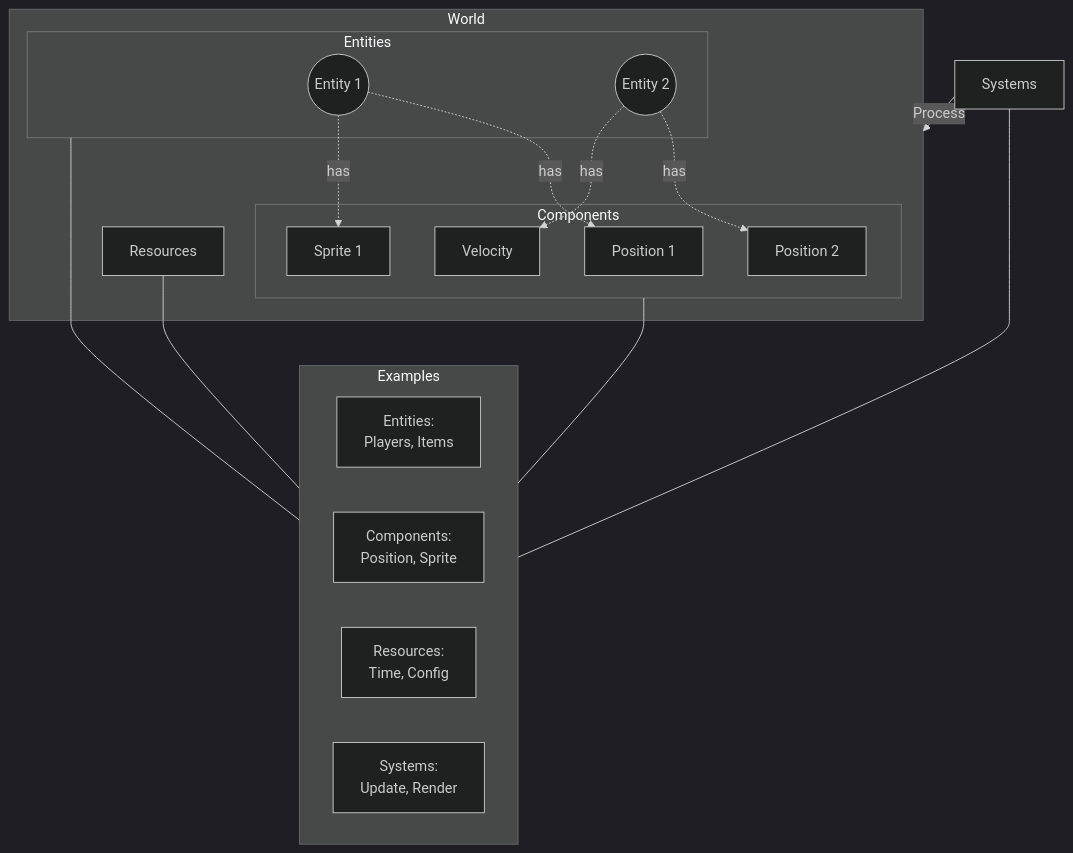
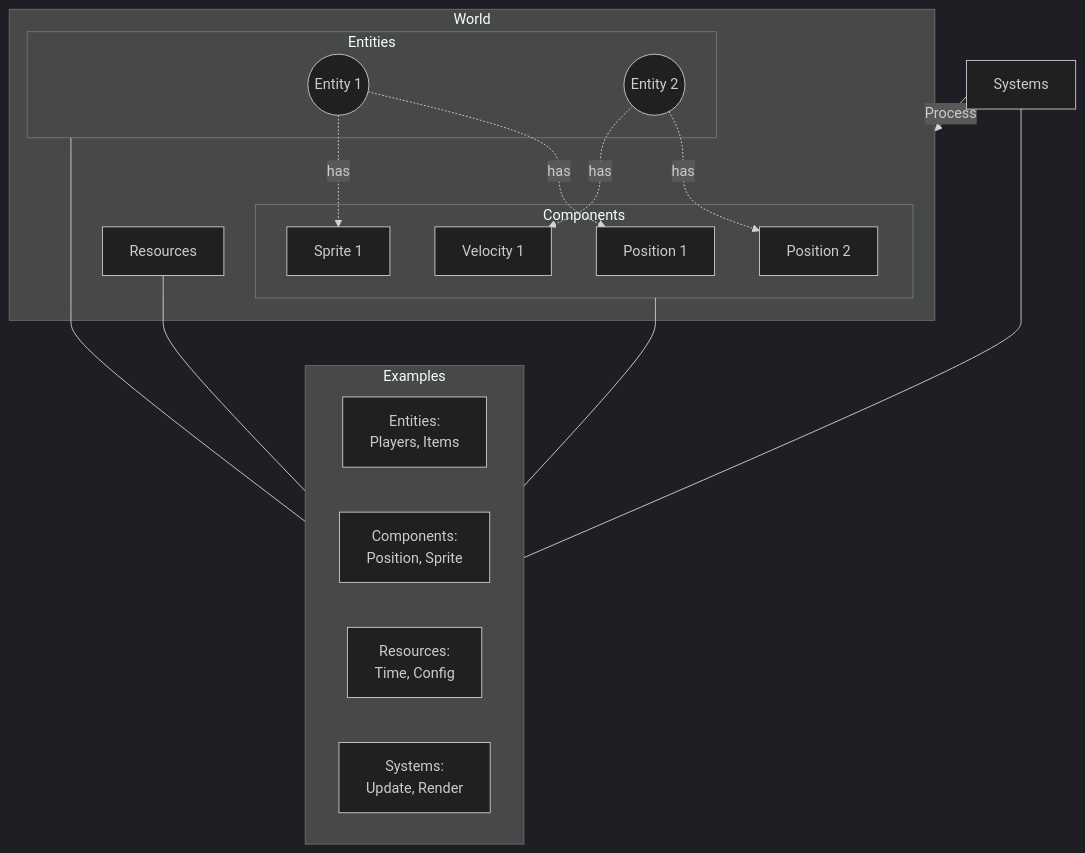
Before and after one commit to EddieBrunstedt/rust-ecs-game-template: the diagram in README.md, drawn with Mermaid (dark theme). The commit also changed 6 other files, not shown here.

````diff
--- a/README.md
+++ b/README.md
@@ -18,38 +18,38 @@
 ```mermaid
 flowchart TB
     subgraph World
         subgraph Entities
             E1((Entity 1))
             E2((Entity 2))
         end
 
         subgraph Components
             C1[Position 1]
             C2[Sprite 1]
             C3[Position 2]
-            C4[Velocity]
+            C4[Velocity 1]
         end
 
         R[Resources]
 
         E1 -.->|has| C1
         E1 -.->|has| C2
         E2 -.->|has| C3
         E2 -.->|has| C4
     end
 
     S[Systems] -->|Process| World
 
     subgraph Examples
         direction LR
         EX[Entities:<br>Players, Items]
         CX[Components:<br>Position, Sprite]
         RX[Resources:<br>Time, Config]
         SX[Systems:<br>Update, Render]
     end
 
     Entities --- EX
     Components --- CX
     R --- RX
     S --- SX
 ```
````
